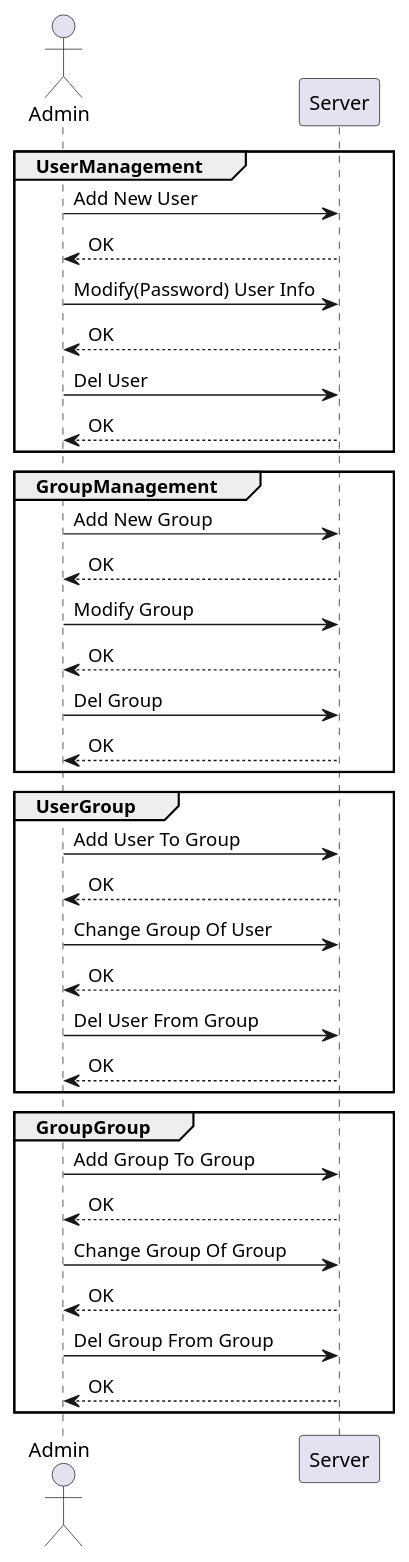
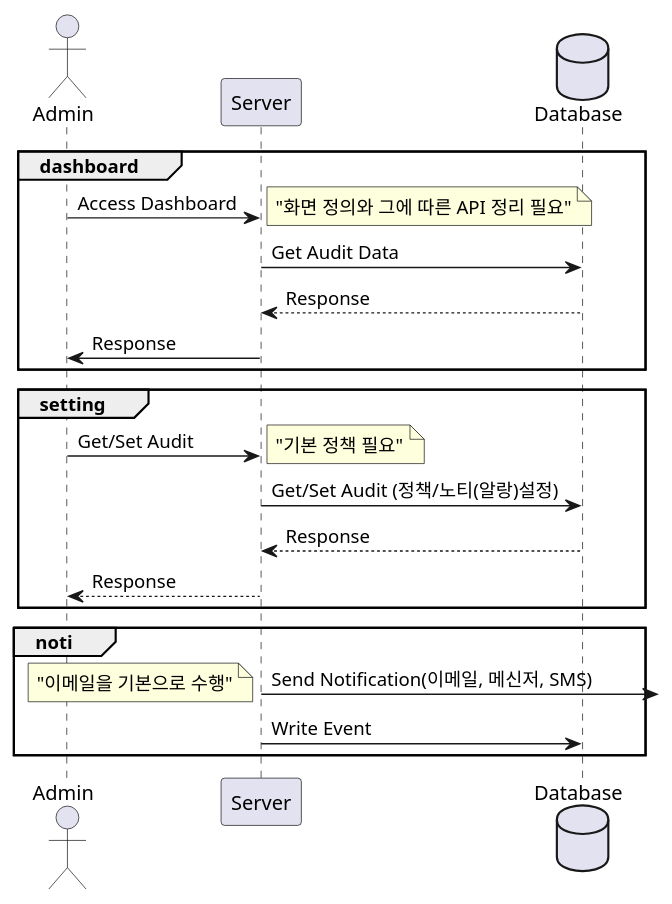
The third of 4 diagrams in docs/arch/audit.md (DataFabricTech/DataFabricPlatform), drawn with PlantUML before and after one commit. The commit also changed other lines of this file and 5 other files, not shown here.

````diff
--- a/docs/arch/audit.md
+++ b/docs/arch/audit.md
@@ -354,41 +191,29 @@
 ```plantuml
 @startuml
-actor Admin as admin
-participant Server as server
-group UserManagement
-admin -> server : Add New User
-admin <-- server : OK
-admin -> server : Modify(Password) User Info
-admin <-- server : OK
-admin -> server : Del User
-admin <-- server : OK
+actor       Admin       as admin
+participant Server      as server
+database    Database    as db
+
+group dashboard
+admin -> server : Access Dashboard
+note right : "화면 정의와 그에 따른 API 정리 필요"
+server -> db : Get Audit Data
+server <-- db : Response
+admin <- server : Response
 end
 
-group GroupManagement
-admin -> server : Add New Group
-admin <-- server : OK
-admin -> server : Modify Group
-admin <-- server : OK
-admin -> server : Del Group
-admin <-- server : OK
+group setting
+admin -> server : Get/Set Audit
+note right : "기본 정책 필요"
+server -> db : Get/Set Audit (정책/노티(알랑)설정)   
+server <-- db : Response
+admin <-- server : Response
 end
 
-group UserGroup
-admin -> server : Add User To Group
-admin <-- server : OK
-admin -> server : Change Group Of User
-admin <-- server : OK
-admin -> server : Del User From Group
-admin <-- server : OK
-end
-
-group GroupGroup
-admin -> server : Add Group To Group
-admin <-- server : OK
-admin -> server : Change Group Of Group
-admin <-- server : OK
-admin -> server : Del Group From Group
-admin <-- server : OK
+group noti
+server -> : Send Notification(이메일, 메신저, SMS)
+note right : "이메일을 기본으로 수행"
+server -> db : Write Event
 end
 @enduml
 ```
````
